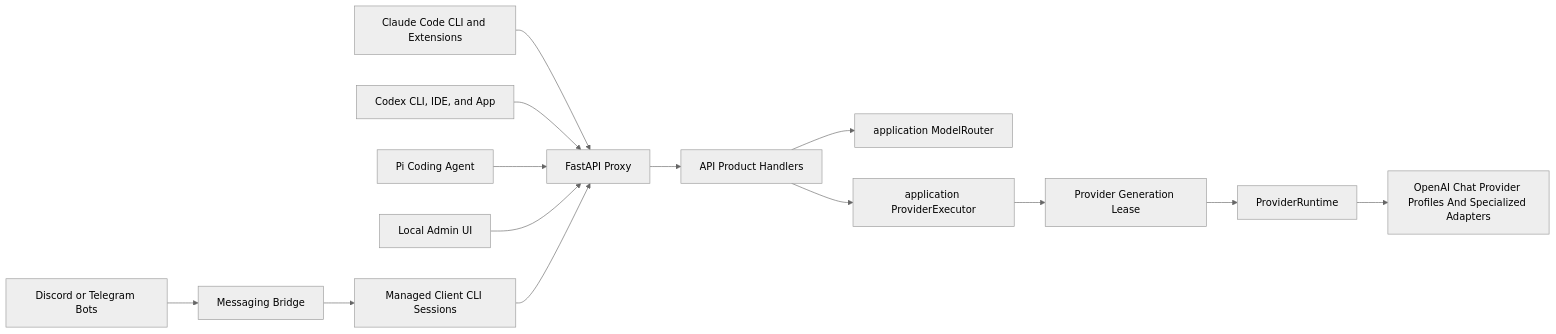
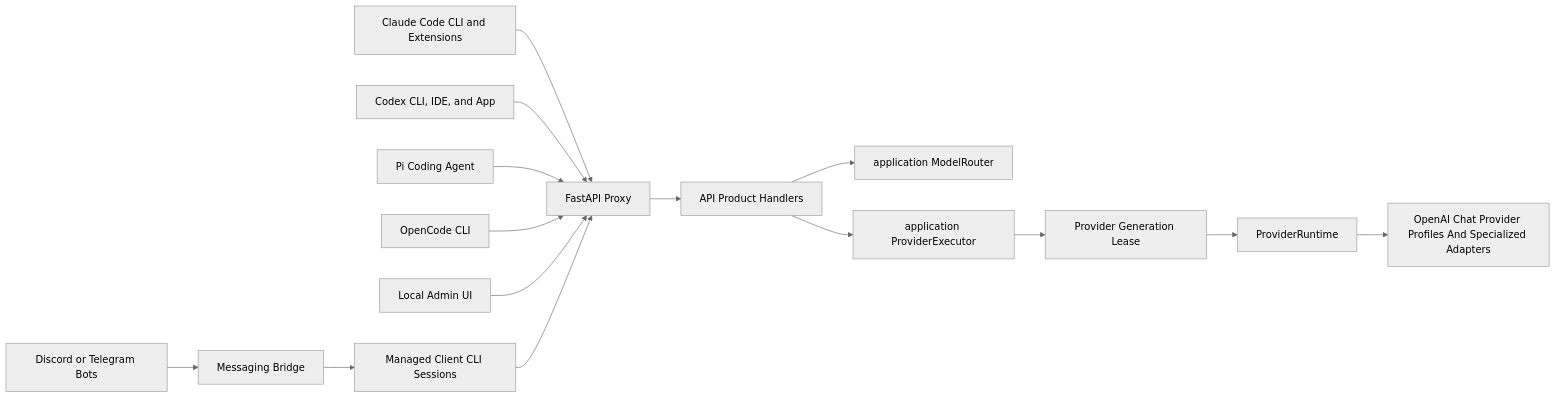
One commit to chrometechhype/codexproxy changed the first of 3 diagrams in ARCHITECTURE.md. Above: the diagram before and after it, drawn with Mermaid (neutral theme). The commit also changed other lines of this file and 664 other files, not shown here.

````diff
--- a/ARCHITECTURE.md
+++ b/ARCHITECTURE.md
@@ -27,16 +27,17 @@
 ```mermaid
 flowchart LR
     ClaudeCode[Claude Code CLI and Extensions] --> ProxyAPI[FastAPI Proxy]
     Codex[Codex CLI, IDE, and App] --> ProxyAPI
     Pi[Pi Coding Agent] --> ProxyAPI
+    OpenCode[OpenCode CLI] --> ProxyAPI
     AdminUI[Local Admin UI] --> ProxyAPI
     Bots[Discord or Telegram Bots] --> Messaging[Messaging Bridge]
     Messaging --> ClientCLI[Managed Client CLI Sessions]
     ClientCLI --> ProxyAPI
     ProxyAPI --> Handlers[API Product Handlers]
     Handlers --> Router[application ModelRouter]
     Handlers --> Executor[application ProviderExecutor]
     Executor --> Lease[Provider Generation Lease]
     Lease --> Providers[ProviderRuntime]
     Providers --> OpenAIChat[OpenAI Chat Provider Profiles And Specialized Adapters]
 ```
````
